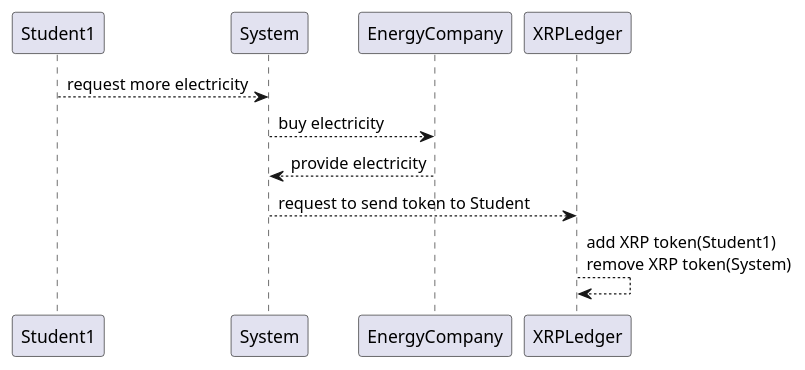
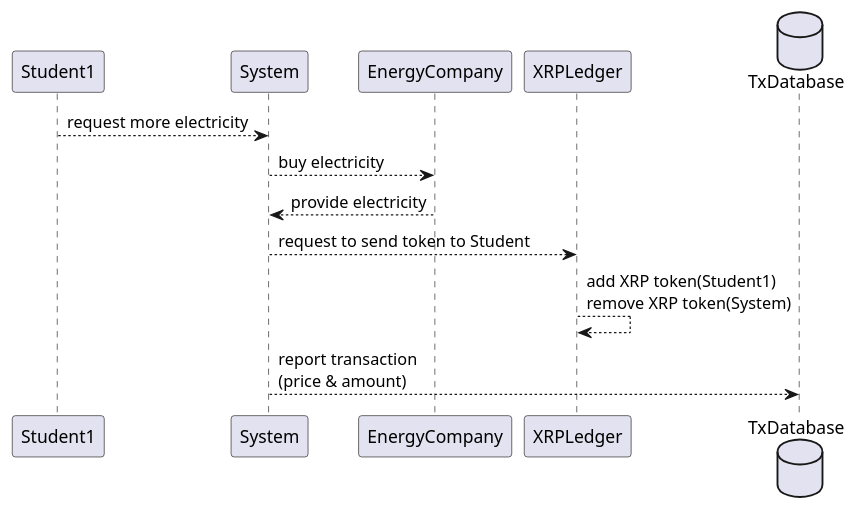
One commit to KyotoUniv-SIC/electoric-power-exchange changed the diagram in Seq04_AddIssueToken.plantuml. Above: the diagram before and after it, drawn with PlantUML. The commit also changed 6 other files, not shown here.

```diff
--- a/Seq04_AddIssueToken.plantuml
+++ b/Seq04_AddIssueToken.plantuml
@@ -1,12 +1,14 @@
 @startuml sequence
 participant Student1 as st1
 participant System as sys
 participant EnergyCompany as ec
 participant XRPLedger as xl
+database TxDatabase as db2
 
 st1 --> sys : request more electricity
 sys --> ec : buy electricity
 ec --> sys : provide electricity
 sys --> xl : request to send token to Student 
 xl --> xl : add XRP token(Student1)\nremove XRP token(System)
+sys --> db2 : report transaction\n(price & amount) 
 @enduml
```
